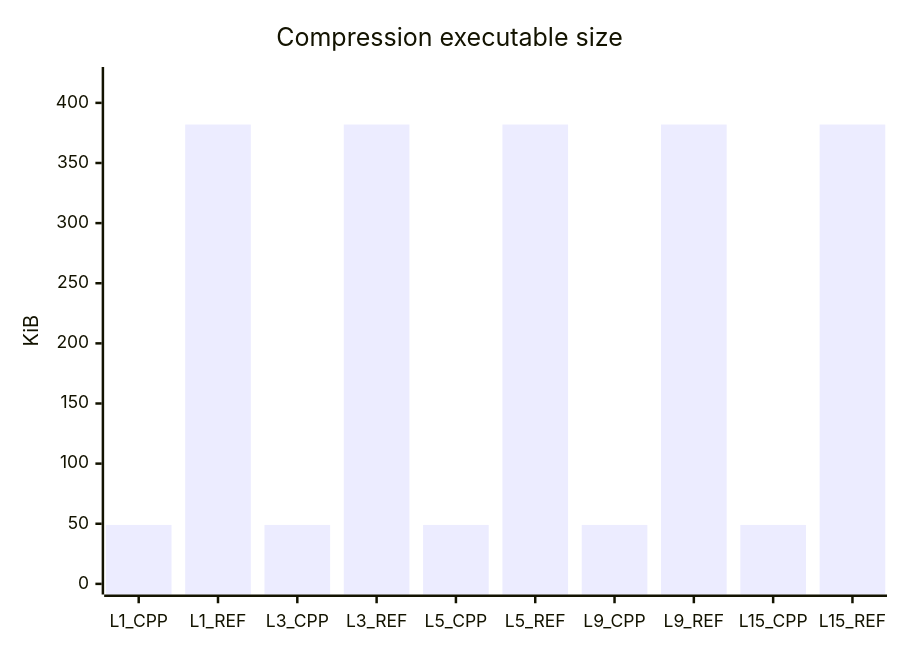
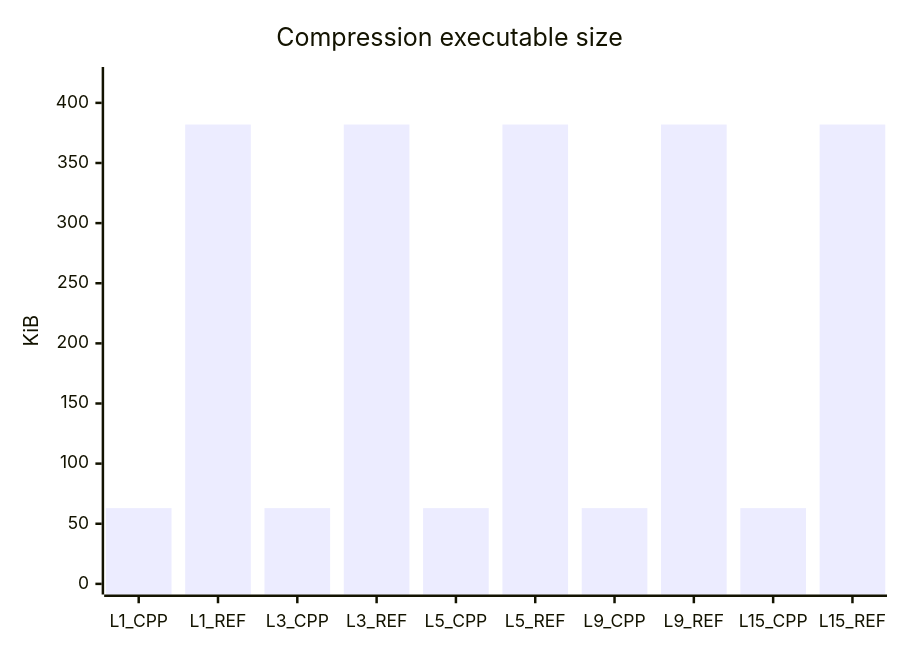
Before and after one commit to mheyman/zstdpp: the fourth of 7 diagrams in README.md, drawn with Mermaid. The commit also changed other lines of this file, not shown here.

````diff
--- a/README.md
+++ b/README.md
@@ -141,7 +150,7 @@
 ```mermaid
 xychart-beta
     title "Compression executable size"
     x-axis [L1_CPP, L1_REF, L3_CPP, L3_REF, L5_CPP, L5_REF, L9_CPP, L9_REF, L15_CPP, L15_REF]
     y-axis "KiB" 0 --> 421
-    bar [49, 382, 49, 382, 49, 382, 49, 382, 49, 382]
+    bar [63, 382, 63, 382, 63, 382, 63, 382, 63, 382]
 ```
````
